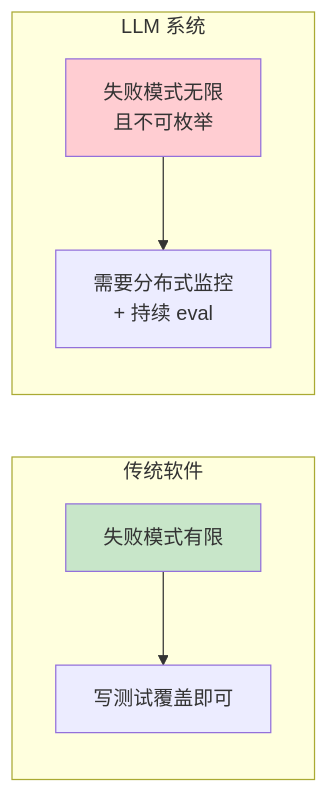
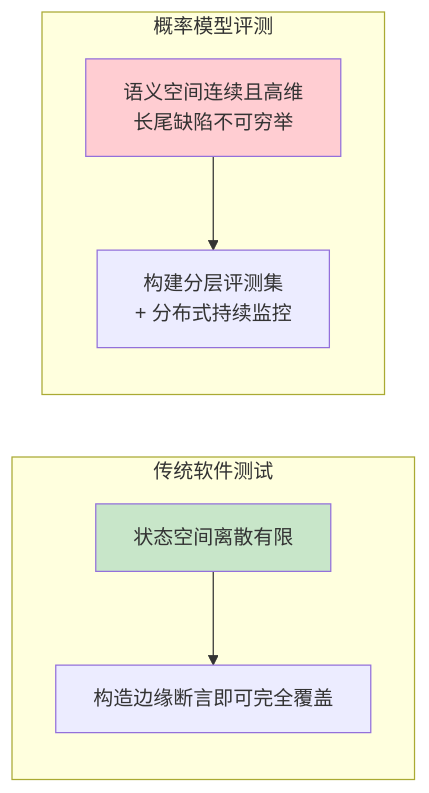
Before and after one commit to yingwang/thinking-in-llm: the first of 7 diagrams in chapters/12-evaluation.md, drawn with Mermaid. The commit also changed other lines of this file and 31 other files, not shown here.

````diff
--- a/chapters/12-evaluation.md
+++ b/chapters/12-evaluation.md
@@ -61,12 +48,12 @@
 ```mermaid
 flowchart LR
-    subgraph 传统["传统软件"]
-        T1["失败模式有限"] --> T2["写测试覆盖即可"]
+    subgraph 传统测试["传统软件测试"]
+        T1["状态空间离散有限"] --> T2["构造边缘断言即可完全覆盖"]
     end
-    subgraph LLM["LLM 系统"]
-        L1["失败模式无限<br>且不可枚举"] --> L2["需要分布式监控<br>+ 持续 eval"]
+    subgraph 概率评测["概率模型评测"]
+        L1["语义空间连续且高维<br>长尾缺陷不可穷举"] --> L2["构建分层评测集<br>+ 分布式持续监控"]
     end
     
     style T1 fill:#c8e6c9
     style L1 fill:#ffcdd2
 ```
````
